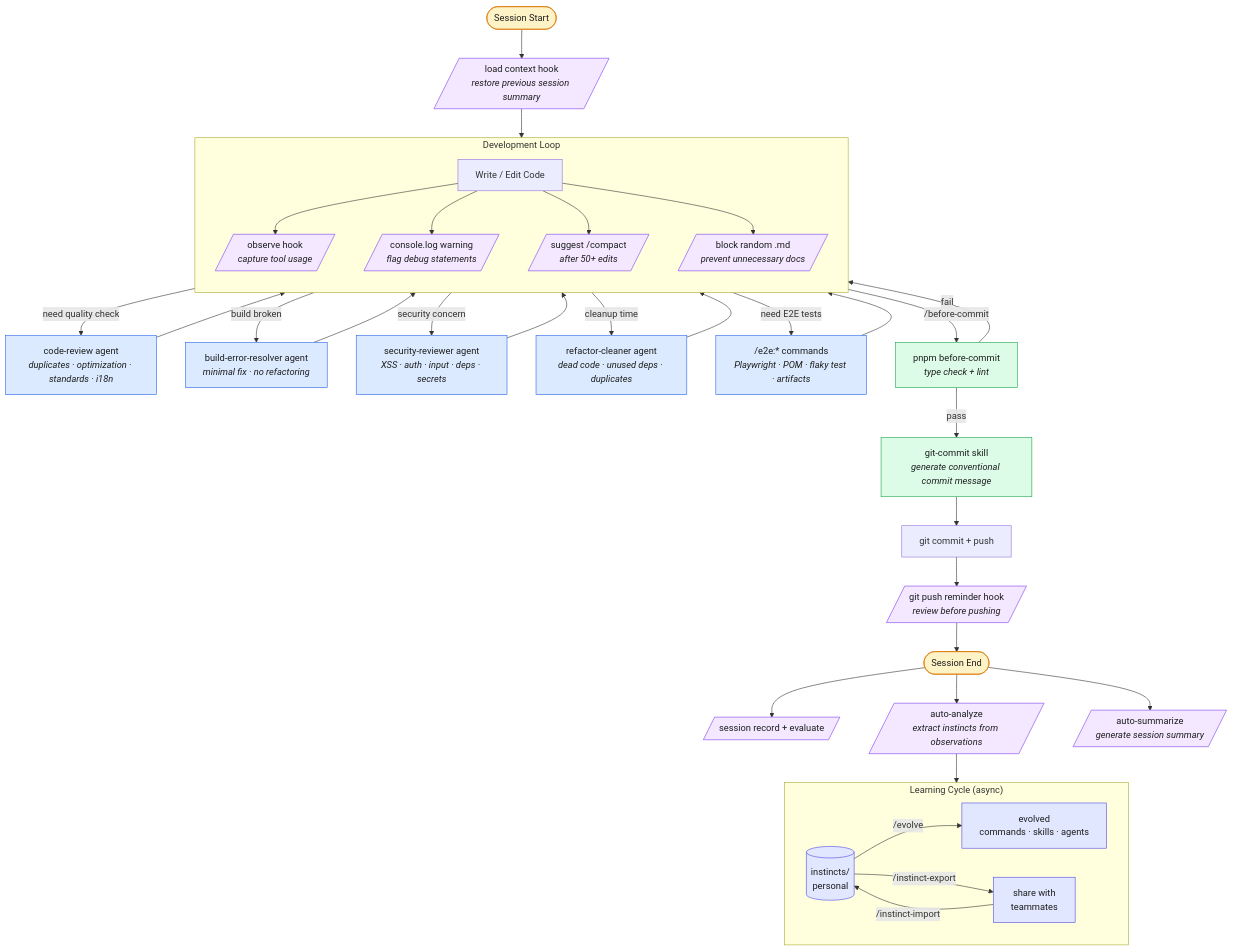
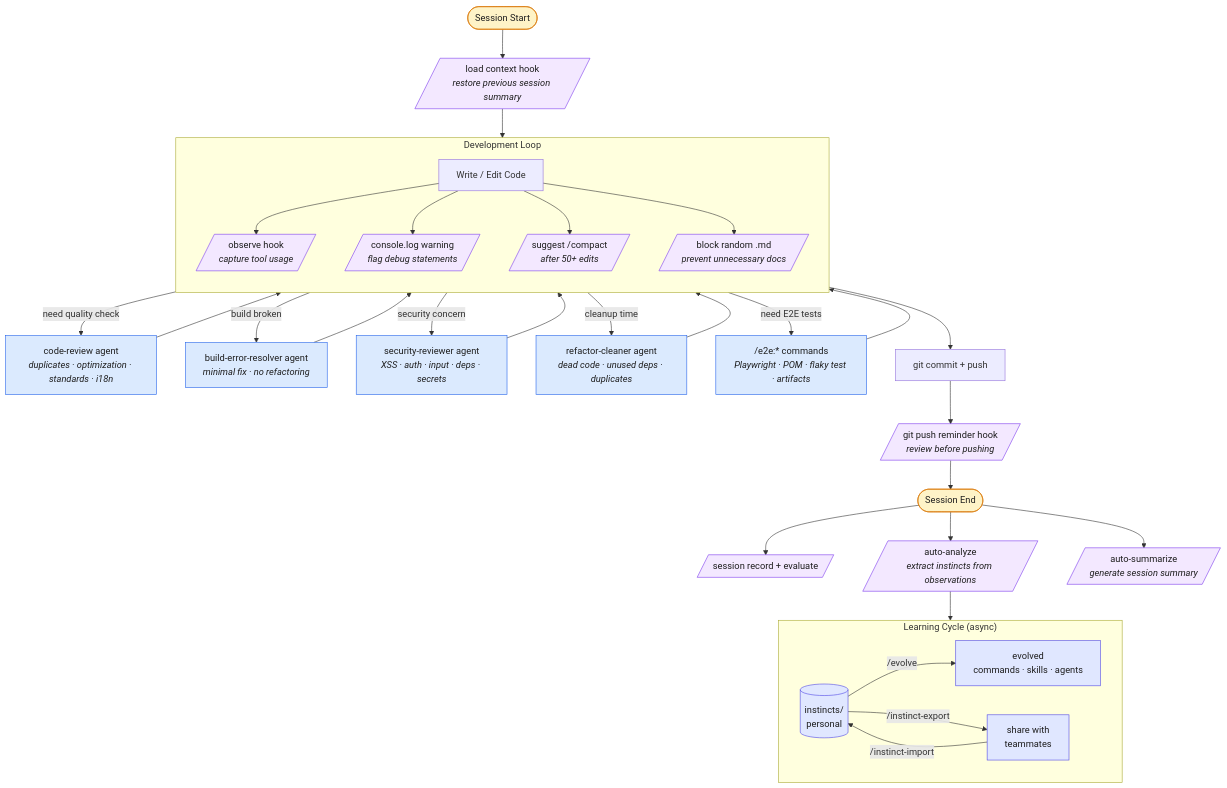
Before and after one commit to ClayLeee/my-everything-claude-code: the diagram in README.md, drawn with Mermaid. The commit also changed other lines of this file, not shown here.

Commit message:
docs: remove before-commit references from README

````diff
--- a/README.md
+++ b/README.md
@@ -55,62 +54,58 @@
 ```mermaid
 flowchart TD
     %% ── Session Start ──
     START([Session Start]) --> LOAD[/"load context hook<br><i>restore previous session summary</i>"/]
     LOAD --> DEV
 
     %% ── Development Loop ──
     subgraph DEV ["Development Loop"]
         direction TB
         CODE["Write / Edit Code"] --> OBSERVE[/"observe hook<br><i>capture tool usage</i>"/]
         CODE --> CONSOLE[/"console.log warning<br><i>flag debug statements</i>"/]
         CODE --> COMPACT[/"suggest /compact<br><i>after 50+ edits</i>"/]
         CODE --> BLOCK[/"block random .md<br><i>prevent unnecessary docs</i>"/]
     end
 
     %% ── On-Demand Agents ──
     DEV --> |"need quality check"| REVIEW["code-review agent<br><i>duplicates · optimization · standards · i18n</i>"]
     DEV --> |"build broken"| BUILD["build-error-resolver agent<br><i>minimal fix · no refactoring</i>"]
     DEV --> |"security concern"| SEC["security-reviewer agent<br><i>XSS · auth · input · deps · secrets</i>"]
     DEV --> |"cleanup time"| CLEAN["refactor-cleaner agent<br><i>dead code · unused deps · duplicates</i>"]
     DEV --> |"need E2E tests"| E2E["/e2e:* commands<br><i>Playwright · POM · flaky test · artifacts</i>"]
     REVIEW --> DEV
     BUILD --> DEV
     SEC --> DEV
     CLEAN --> DEV
     E2E --> DEV
 
-    %% ── Before Commit ──
-    DEV --> |"/before-commit"| BC["pnpm before-commit<br><i>type check + lint</i>"]
-    BC --> |pass| MSG["git-commit skill<br><i>generate conventional commit message</i>"]
-    BC --> |fail| DEV
-    MSG --> COMMIT["git commit + push"]
+    %% ── Commit ──
+    DEV --> COMMIT["git commit + push"]
     COMMIT --> PUSH[/"git push reminder hook<br><i>review before pushing</i>"/]
 
     %% ── Session End ──
     PUSH --> END([Session End])
     END --> RECORD[/"session record + evaluate"/]
     END --> ANALYZE[/"auto-analyze<br><i>extract instincts from observations</i>"/]
     END --> SUMMARIZE[/"auto-summarize<br><i>generate session summary</i>"/]
 
     %% ── Learning Cycle ──
     ANALYZE --> INSTINCTS[("instincts/<br>personal")]
     subgraph LEARNING ["Learning Cycle  (async)"]
         direction LR
         INSTINCTS --> |"/evolve"| EVOLVED["evolved<br>commands · skills · agents"]
         INSTINCTS --> |"/instinct-export"| SHARE["share with<br>teammates"]
         SHARE --> |"/instinct-import"| INSTINCTS
     end
 
     %% ── Styles ──
     classDef hook fill:#f3e8ff,stroke:#7c3aed,color:#1e1e1e
     classDef agent fill:#dbeafe,stroke:#2563eb,color:#1e1e1e
     classDef command fill:#dcfce7,stroke:#16a34a,color:#1e1e1e
     classDef phase fill:#fef3c7,stroke:#d97706,color:#1e1e1e
     classDef store fill:#e0e7ff,stroke:#4f46e5,color:#1e1e1e
 
     class LOAD,OBSERVE,CONSOLE,COMPACT,BLOCK,PUSH,RECORD,ANALYZE,SUMMARIZE hook
     class REVIEW,BUILD,SEC,CLEAN,E2E agent
-    class BC,MSG command
     class START,END phase
     class INSTINCTS,EVOLVED,SHARE store
 ```
````
